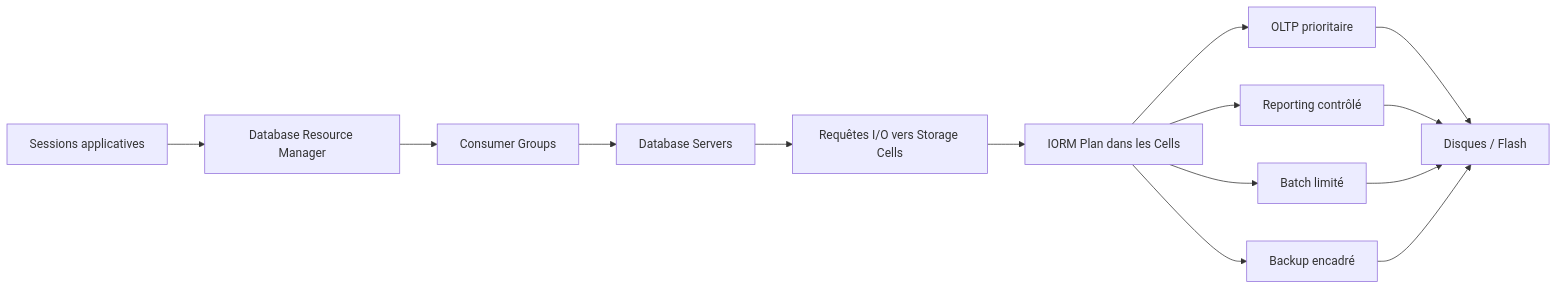
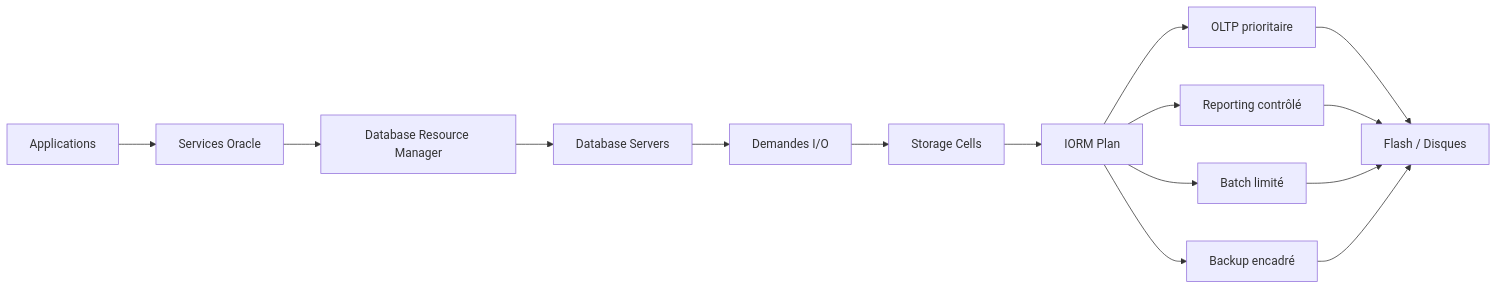
One commit to zdmooc/oracle-exadata-infra-ha-dr-course-labs-v5 changed the diagram in modules/08-iorm.md. Above: the diagram before and after it, drawn with Mermaid. The commit also changed other lines of this file, not shown here.

Commit message:
docs: rewrite module 08 iorm

````diff
--- a/modules/08-iorm.md
+++ b/modules/08-iorm.md
@@ -68,16 +126,17 @@
 ```mermaid
 flowchart LR
-    A[Sessions applicatives] --> B[Database Resource Manager]
-    B --> C[Consumer Groups]
+    A[Applications] --> B[Services Oracle]
+    B --> C[Database Resource Manager]
     C --> D[Database Servers]
-    D --> E[Requêtes I/O vers Storage Cells]
-    E --> F[IORM Plan dans les Cells]
-    F --> G1[OLTP prioritaire]
-    F --> G2[Reporting contrôlé]
-    F --> G3[Batch limité]
-    F --> G4[Backup encadré]
-    G1 --> H[Disques / Flash]
-    G2 --> H
-    G3 --> H
-    G4 --> H
+    D --> E[Demandes I/O]
+    E --> F[Storage Cells]
+    F --> G[IORM Plan]
+    G --> H1[OLTP prioritaire]
+    G --> H2[Reporting contrôlé]
+    G --> H3[Batch limité]
+    G --> H4[Backup encadré]
+    H1 --> I[Flash / Disques]
+    H2 --> I
+    H3 --> I
+    H4 --> I
 ```
````
